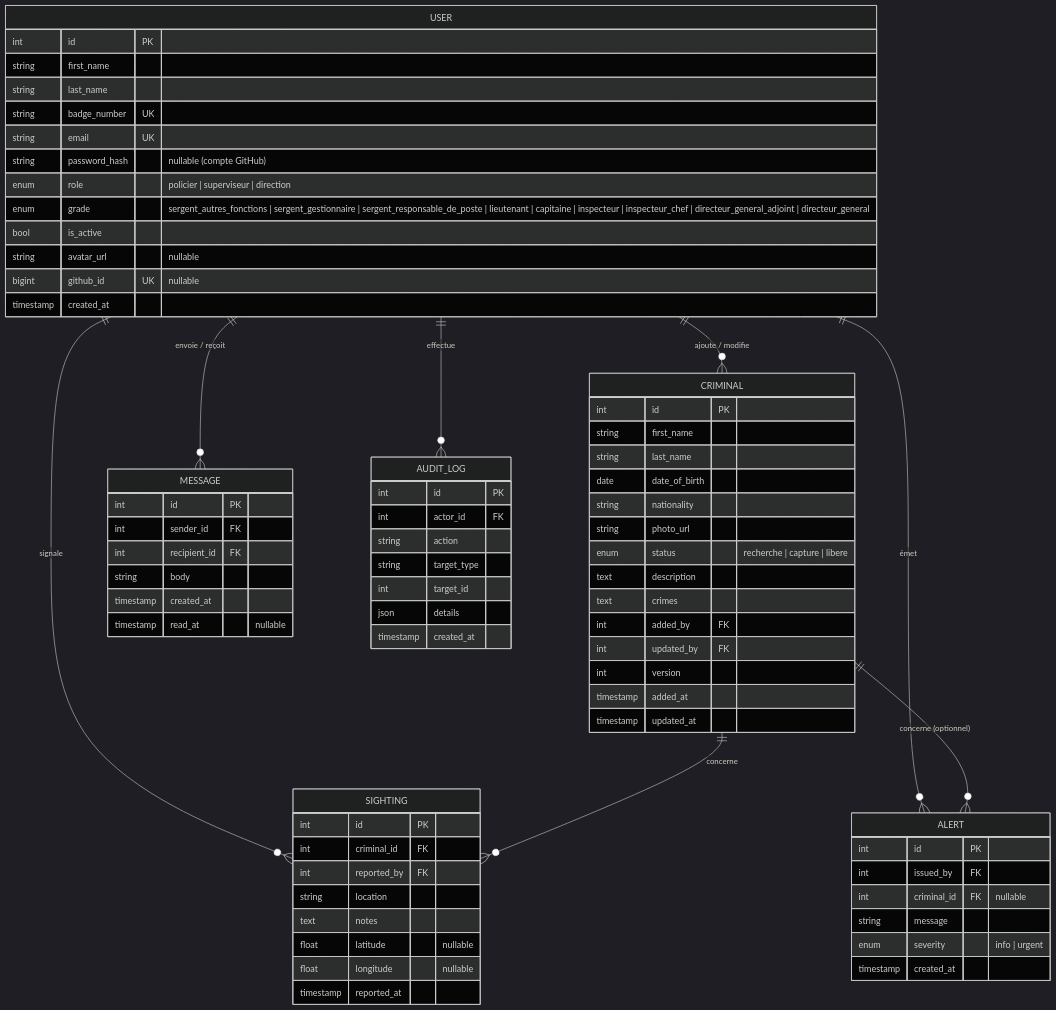
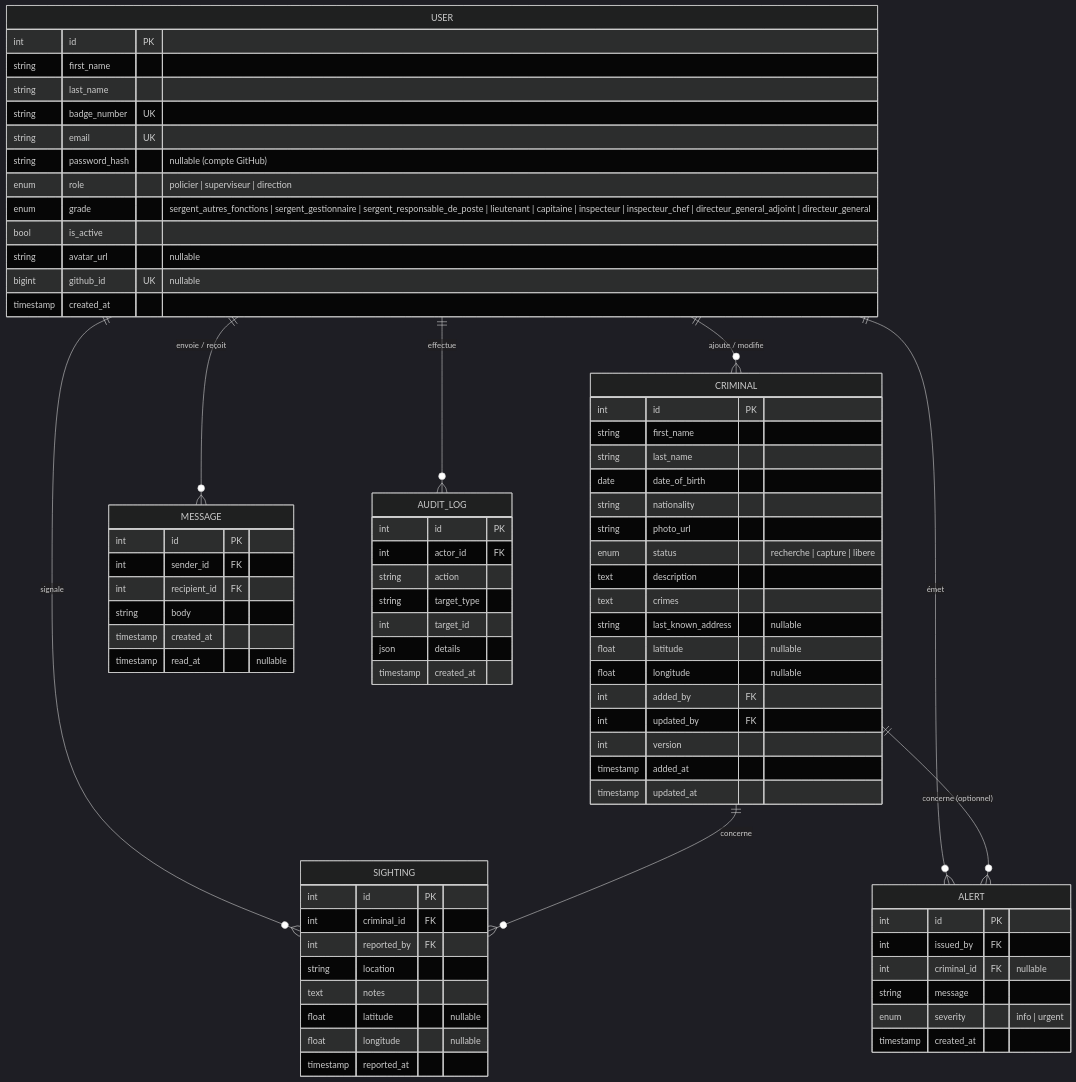
Before and after one commit to dr-arobase/projet-DA_3: the diagram in docs/03-conception.md, drawn with Mermaid (dark theme). The commit also changed other lines of this file and 17 other files, not shown here.

````diff
--- a/docs/03-conception.md
+++ b/docs/03-conception.md
@@ -28,76 +28,79 @@
 ```mermaid
 erDiagram
     USER {
         int id PK
         string first_name
         string last_name
         string badge_number UK
         string email UK
         string password_hash "nullable (compte GitHub)"
         enum role "policier | superviseur | direction"
         enum grade "sergent_autres_fonctions | sergent_gestionnaire | sergent_responsable_de_poste | lieutenant | capitaine | inspecteur | inspecteur_chef | directeur_general_adjoint | directeur_general"
         bool is_active
         string avatar_url "nullable"
         bigint github_id UK "nullable"
         timestamp created_at
     }
     CRIMINAL {
         int id PK
         string first_name
         string last_name
         date date_of_birth
         string nationality
         string photo_url
         enum status "recherche | capture | libere"
         text description
         text crimes
+        string last_known_address "nullable"
+        float latitude "nullable"
+        float longitude "nullable"
         int added_by FK
         int updated_by FK
         int version
         timestamp added_at
         timestamp updated_at
     }
     SIGHTING {
         int id PK
         int criminal_id FK
         int reported_by FK
         string location
         text notes
         float latitude "nullable"
         float longitude "nullable"
         timestamp reported_at
     }
     MESSAGE {
         int id PK
         int sender_id FK
         int recipient_id FK
         string body
         timestamp created_at
         timestamp read_at "nullable"
     }
     ALERT {
         int id PK
         int issued_by FK
         int criminal_id FK "nullable"
         string message
         enum severity "info | urgent"
         timestamp created_at
     }
     AUDIT_LOG {
         int id PK
         int actor_id FK
         string action
         string target_type
         int target_id
         json details
         timestamp created_at
     }
 
     USER ||--o{ CRIMINAL : "ajoute / modifie"
     USER ||--o{ SIGHTING : "signale"
     USER ||--o{ ALERT : "émet"
     USER ||--o{ AUDIT_LOG : "effectue"
     USER ||--o{ MESSAGE : "envoie / reçoit"
     CRIMINAL ||--o{ SIGHTING : "concerne"
     CRIMINAL ||--o{ ALERT : "concerne (optionnel)"
 ```
````
